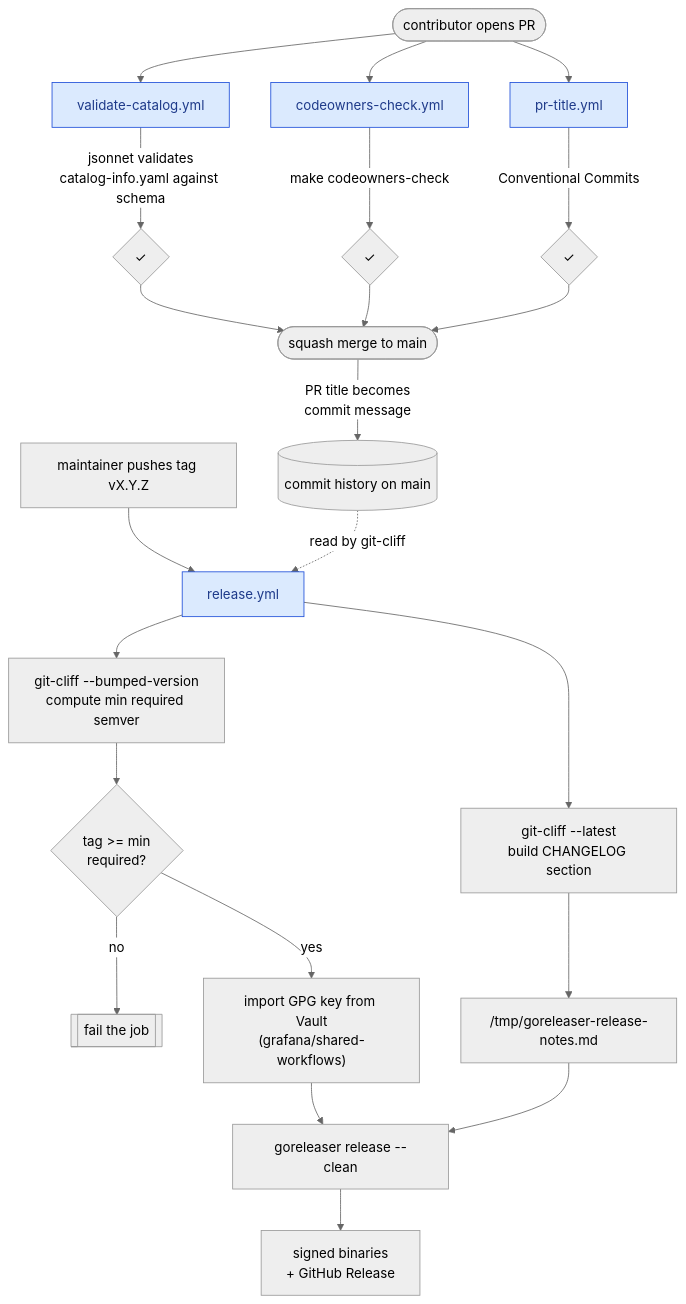
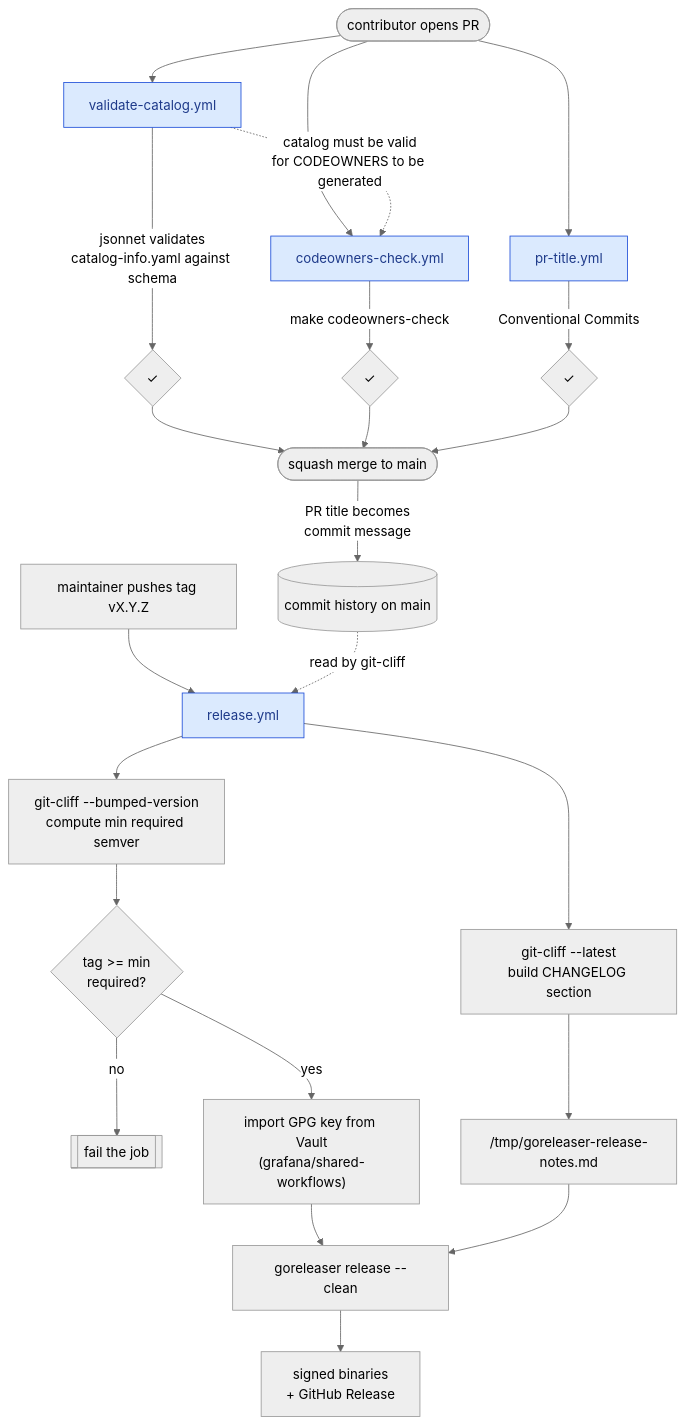
The second of 2 diagrams in .github/README.md (grafana/terraform-provider-grafana), drawn with Mermaid (neutral theme) before and after one commit. The commit also changed other lines of this file, not shown here.

First line of the commit message:
docs(github): show codeowners depends on validate-catalog

````diff
--- a/.github/README.md
+++ b/.github/README.md
@@ -64,31 +64,33 @@
 ```mermaid
 flowchart TD
     prc([contributor opens PR]) --> vc[validate-catalog.yml]
     prc --> coc[codeowners-check.yml]
     prc --> ptl[pr-title.yml]
+
+    vc -.->|catalog must be valid<br/>for CODEOWNERS to be generated| coc
 
     vc -->|jsonnet validates<br/>catalog-info.yaml against schema| ok1{✓}
     coc -->|make codeowners-check| ok2{✓}
     ptl -->|Conventional Commits| ok3{✓}
 
     ok1 --> merge([squash merge to main])
     ok2 --> merge
     ok3 --> merge
     merge -->|PR title becomes<br/>commit message| history[(commit history on main)]
 
     tag["maintainer pushes tag vX.Y.Z"] --> rel[release.yml]
     history -.->|read by git-cliff| rel
 
     rel --> cliff1["git-cliff --latest<br/>build CHANGELOG section"]
     rel --> cliff2["git-cliff --bumped-version<br/>compute min required semver"]
     cliff2 --> gate{"tag &gt;= min<br/>required?"}
     gate -- no --> fail[[fail the job]]
     gate -- yes --> gpg["import GPG key from Vault<br/>(grafana/shared-workflows)"]
     cliff1 --> notes["/tmp/goreleaser-release-notes.md"]
     gpg --> gor[goreleaser release --clean]
     notes --> gor
     gor --> artifacts["signed binaries<br/>+ GitHub Release"]
 
     classDef workflow fill:#dbeafe,stroke:#1d4ed8,color:#1e3a8a;
     class vc,coc,ptl,rel workflow;
 ```
````
